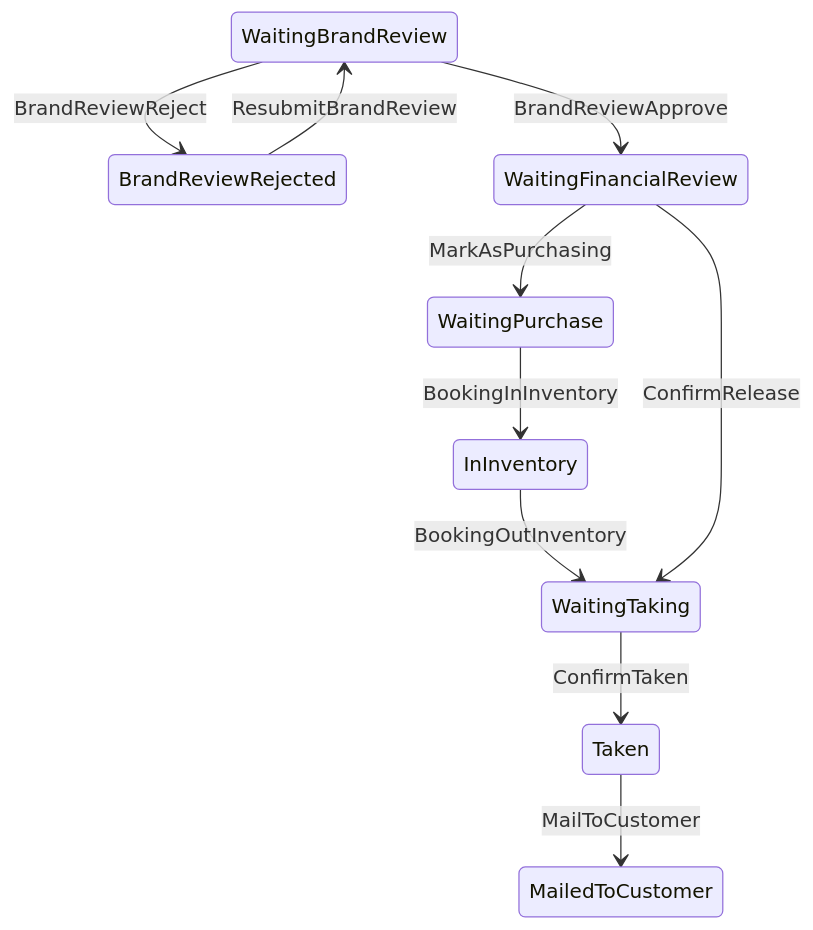
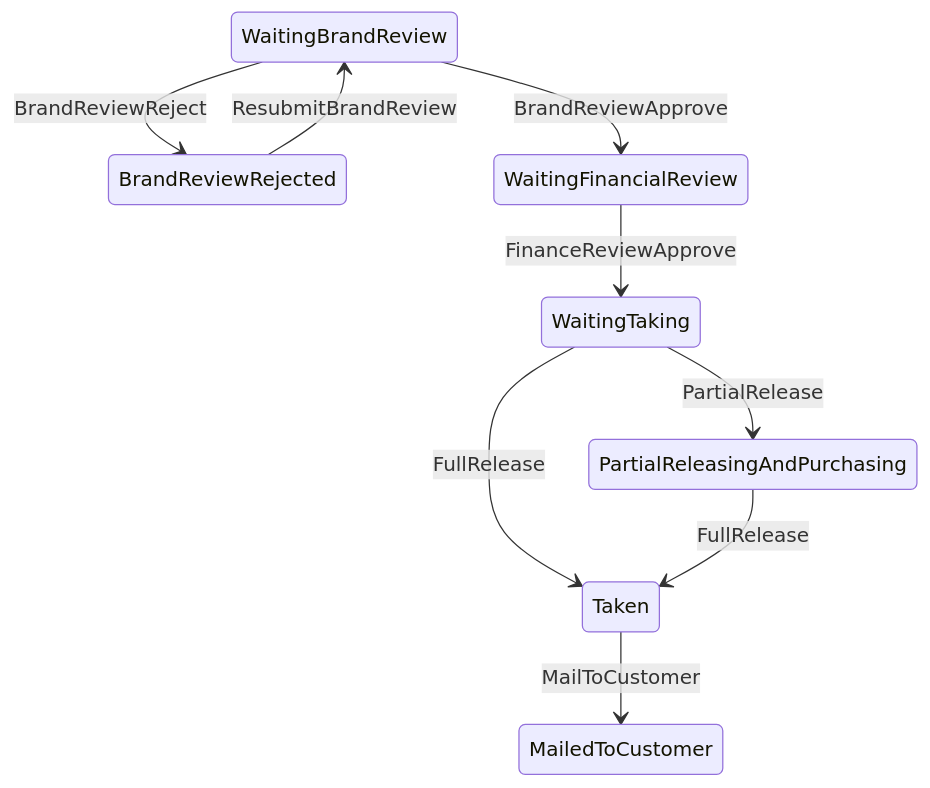
One commit to FIPOCHINA/fipo-fsm changed the diagram in docs/ACL.mermaid. Above: the diagram before and after it, drawn with Mermaid. The commit also changed 12 other files, not shown here.

```diff
--- a/docs/ACL.mermaid
+++ b/docs/ACL.mermaid
@@ -1,10 +1,9 @@
 stateDiagram-v2
 WaitingBrandReview --> BrandReviewRejected : BrandReviewReject
 BrandReviewRejected --> WaitingBrandReview : ResubmitBrandReview
 WaitingBrandReview --> WaitingFinancialReview : BrandReviewApprove
-WaitingFinancialReview --> WaitingPurchase : MarkAsPurchasing
-WaitingPurchase --> InInventory : BookingInInventory
-InInventory --> WaitingTaking : BookingOutInventory
-WaitingTaking --> Taken : ConfirmTaken
+WaitingFinancialReview --> WaitingTaking : FinanceReviewApprove
+WaitingTaking --> PartialReleasingAndPurchasing : PartialRelease
+WaitingTaking --> Taken : FullRelease
+PartialReleasingAndPurchasing --> Taken : FullRelease
 Taken --> MailedToCustomer : MailToCustomer
-WaitingFinancialReview --> WaitingTaking : ConfirmRelease
```
